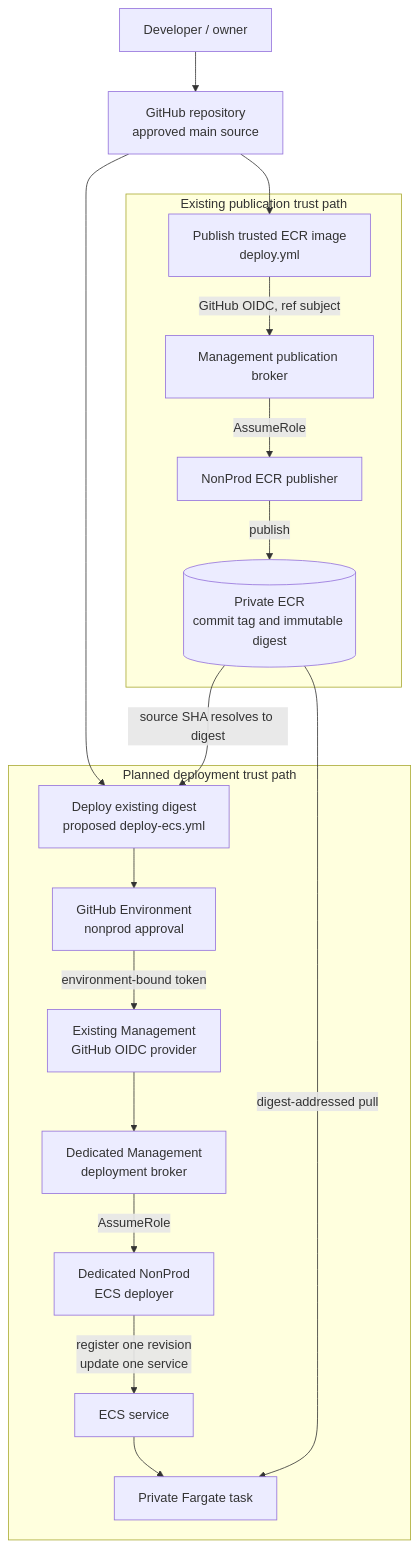
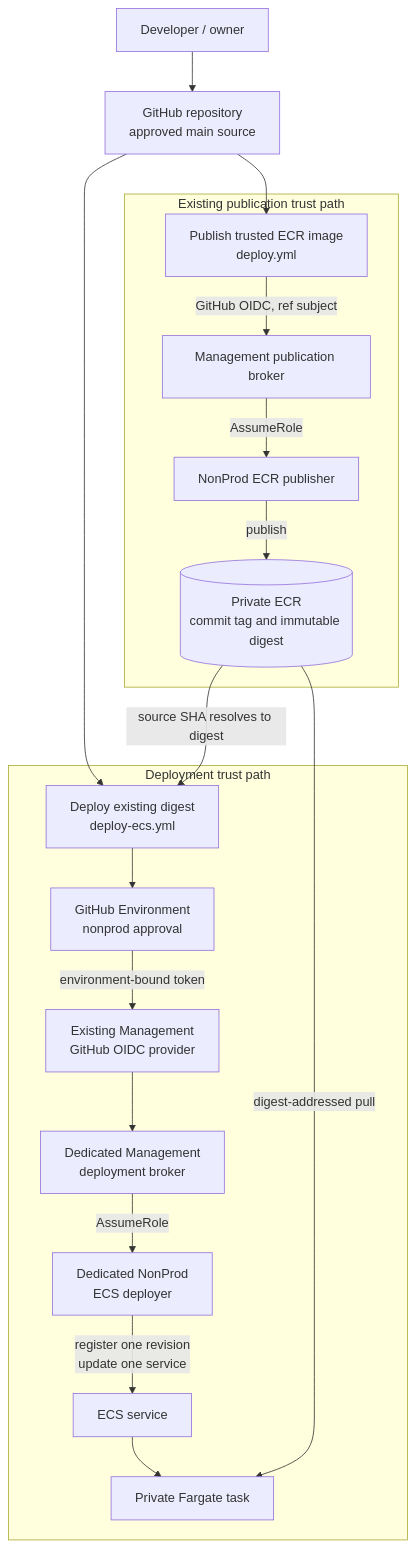
The diagram in docs/stage-9-cd-design.md (Nex-opensourcehorray/secure-cicd-pipeline), drawn with Mermaid before and after one commit. The commit also changed other lines of this file and 6 other files, not shown here.

````diff
--- a/docs/stage-9-cd-design.md
+++ b/docs/stage-9-cd-design.md
@@ -76,36 +84,36 @@
 ```mermaid
 flowchart TD
     OWNER[Developer / owner]
     REPO[GitHub repository<br/>approved main source]
 
     subgraph PUB[Existing publication trust path]
         PUBWF[Publish trusted ECR image<br/>deploy.yml]
         PUBBROKER[Management publication broker]
         PUBLISHER[NonProd ECR publisher]
         ECR[(Private ECR<br/>commit tag and immutable digest)]
         PUBWF -->|GitHub OIDC, ref subject| PUBBROKER
         PUBBROKER -->|AssumeRole| PUBLISHER
         PUBLISHER -->|publish| ECR
     end
 
-    subgraph CD[Planned deployment trust path]
-        DEPLOYWF[Deploy existing digest<br/>proposed deploy-ecs.yml]
+    subgraph CD[Deployment trust path]
+        DEPLOYWF[Deploy existing digest<br/>deploy-ecs.yml]
         ENV[GitHub Environment<br/>nonprod approval]
         OIDC[Existing Management<br/>GitHub OIDC provider]
         DEPBROKER[Dedicated Management<br/>deployment broker]
         DEPROLE[Dedicated NonProd<br/>ECS deployer]
         ECS[ECS service]
         TASK[Private Fargate task]
         DEPLOYWF --> ENV -->|environment-bound token| OIDC
         OIDC --> DEPBROKER
         DEPBROKER -->|AssumeRole| DEPROLE
         DEPROLE -->|register one revision<br/>update one service| ECS
         ECS --> TASK
     end
 
     OWNER --> REPO
     REPO --> PUBWF
     REPO --> DEPLOYWF
     ECR -->|source SHA resolves to digest| DEPLOYWF
     ECR -->|digest-addressed pull| TASK
 ```
````
